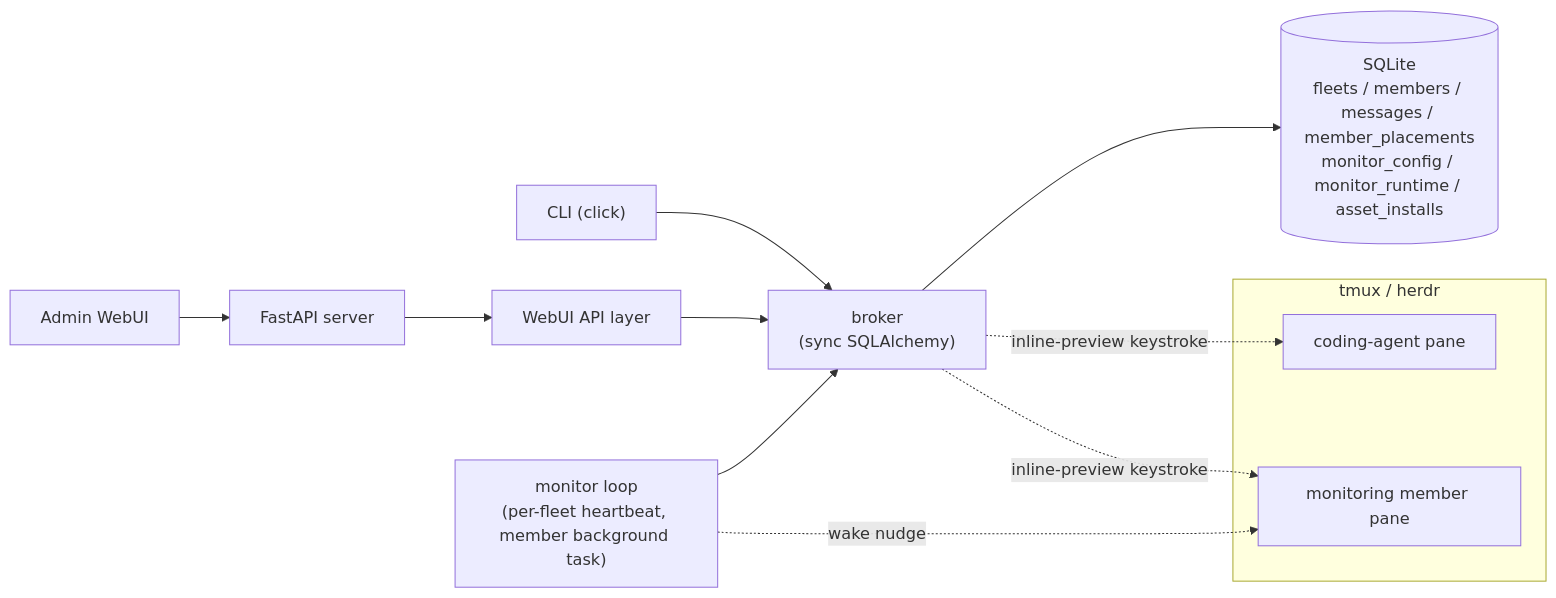
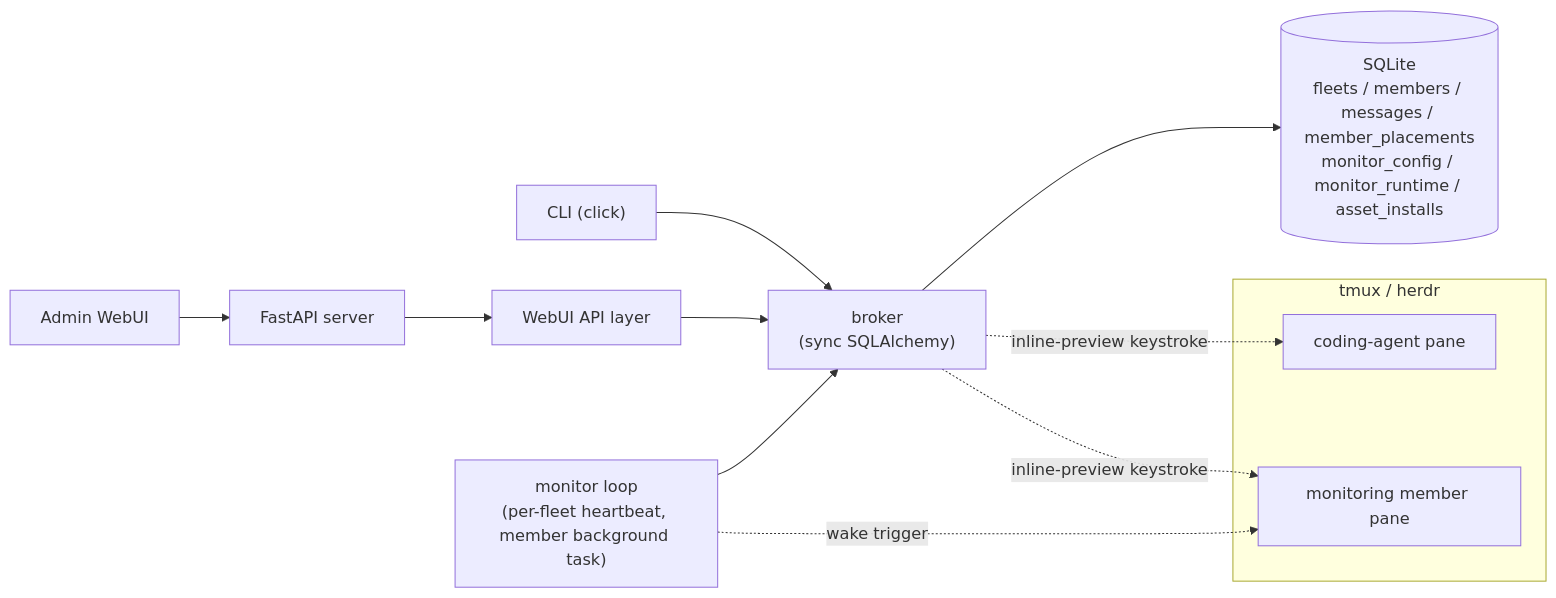
One commit to himkt/cafleet changed the diagram in docs/concepts/overview.md. Above: the diagram before and after it, drawn with Mermaid. The commit also changed other lines of this file and 30 other files, not shown here.

````diff
--- a/docs/concepts/overview.md
+++ b/docs/concepts/overview.md
@@ -31,17 +31,17 @@
 ```mermaid
 %%{init: {'theme': 'default', 'themeVariables': {'fontSize': '16px'}}}%%
 flowchart LR
     CLI["CLI (click)"] --> Broker["broker<br/>(sync SQLAlchemy)"]
     WebUI["Admin WebUI"] --> Server["FastAPI server"]
     Server --> WebUIAPI["WebUI API layer"]
     WebUIAPI --> Broker
     Monitor["monitor loop<br/>(per-fleet heartbeat, member background task)"] --> Broker
     Broker --> DB[(SQLite<br/>fleets / members / messages / member_placements<br/>monitor_config / monitor_runtime / asset_installs)]
     subgraph Multiplexer["tmux / herdr"]
         PaneA["coding-agent pane"]
         PaneB["monitoring member pane"]
     end
     Broker -. inline-preview keystroke .-> PaneA
     Broker -. inline-preview keystroke .-> PaneB
-    Monitor -. wake nudge .-> PaneB
+    Monitor -. wake trigger .-> PaneB
 ```
````
